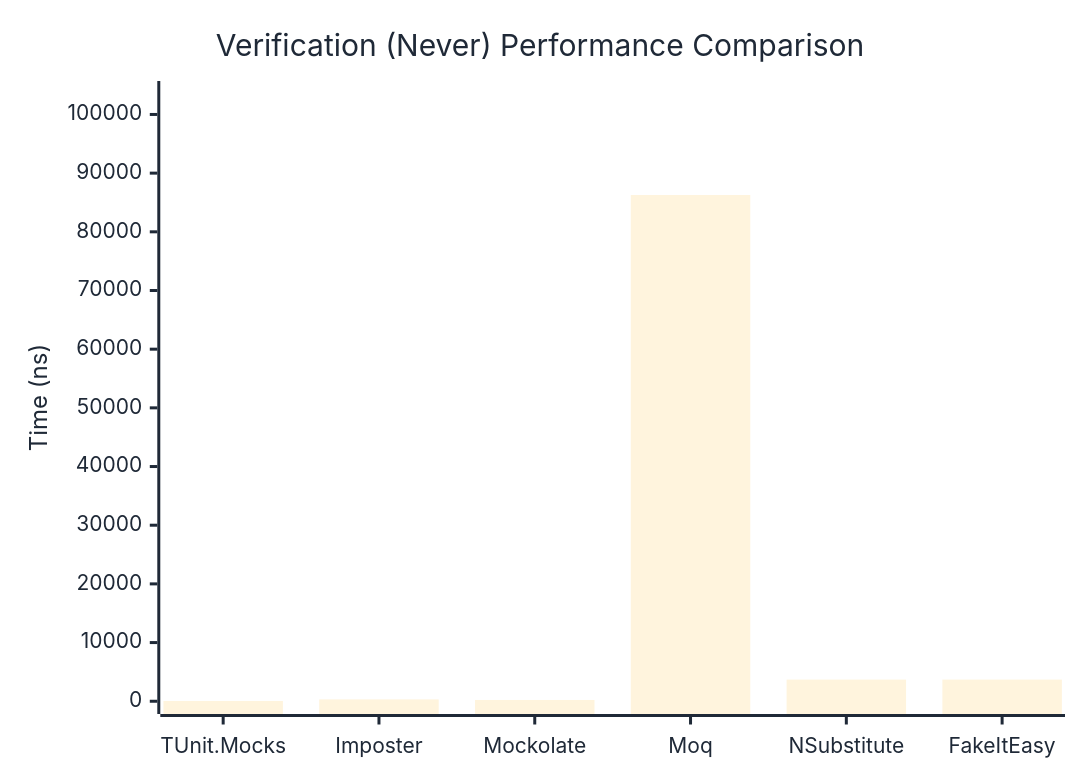
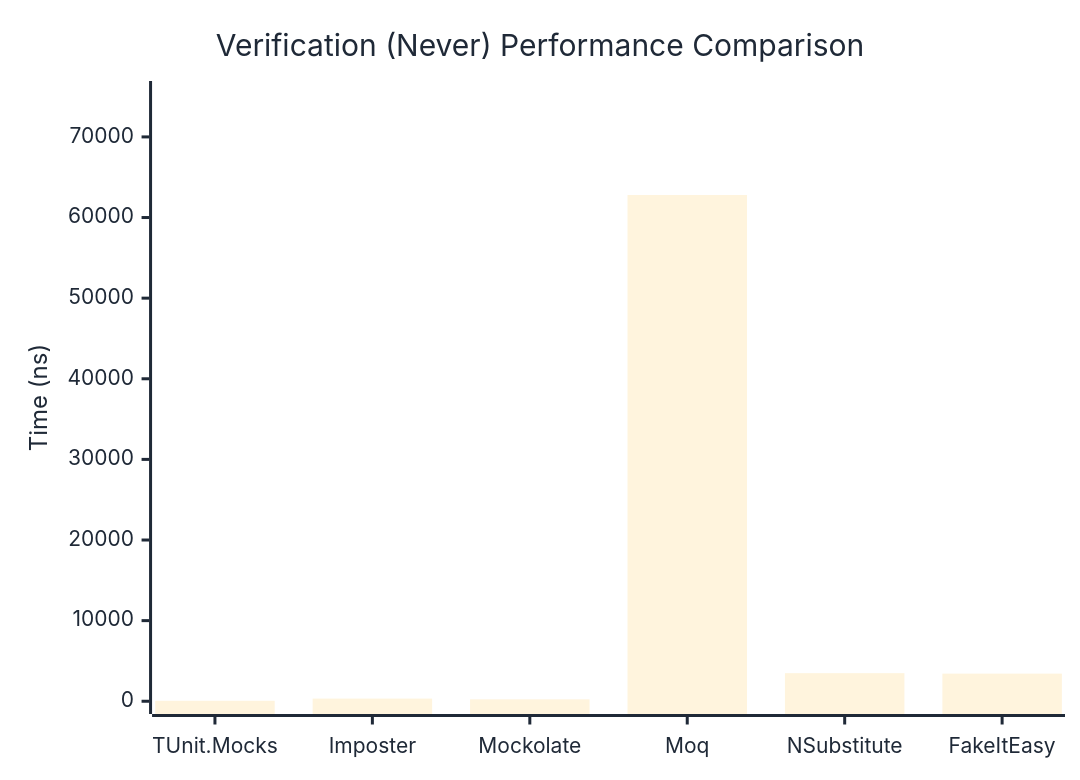
The second of 3 diagrams in docs/docs/benchmarks/mocks/Verification.md (thomhurst/TUnit), drawn with Mermaid before and after one commit. The commit also changed other lines of this file and 14 other files, not shown here.

````diff
--- a/docs/docs/benchmarks/mocks/Verification.md
+++ b/docs/docs/benchmarks/mocks/Verification.md
@@ -69,27 +69,27 @@
 ```mermaid
 %%{init: {
   'theme':'base',
   'themeVariables': {
     'primaryColor': '#2563eb',
     'primaryTextColor': '#1f2937',
     'primaryBorderColor': '#1e40af',
     'lineColor': '#6b7280',
     'secondaryColor': '#7c3aed',
     'tertiaryColor': '#dc2626',
     'background': '#ffffff',
     'pie1': '#2563eb',
     'pie2': '#7c3aed',
     'pie3': '#dc2626',
     'pie4': '#f59e0b',
     'pie5': '#10b981',
     'pie6': '#06b6d4',
     'pie7': '#ec4899',
     'pie8': '#6366f1'
   }
 }}%%
 xychart-beta
   title "Verification (Never) Performance Comparison"
   x-axis ["TUnit.Mocks", "Imposter", "Mockolate", "Moq", "NSubstitute", "FakeItEasy"]
-  y-axis "Time (ns)" 0 --> 103529
-  bar [48.76, 316.16, 220.04, 86274.1, 3689.52, 3691.45]
+  y-axis "Time (ns)" 0 --> 75354
+  bar [55.79, 329.91, 239.08, 62794.71, 3482.62, 3427.83]
 ```
````
